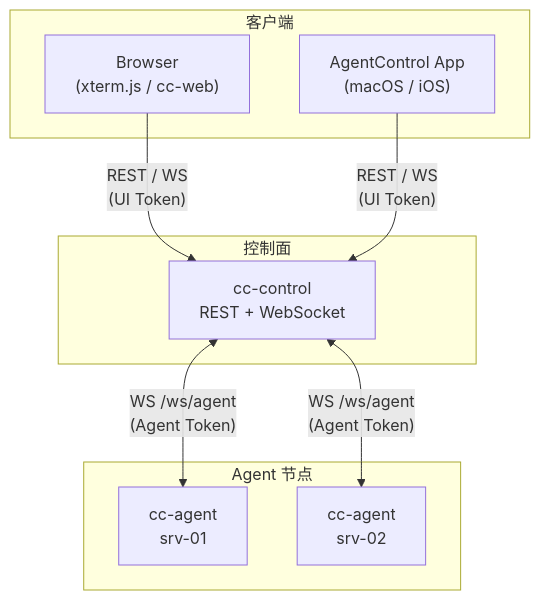
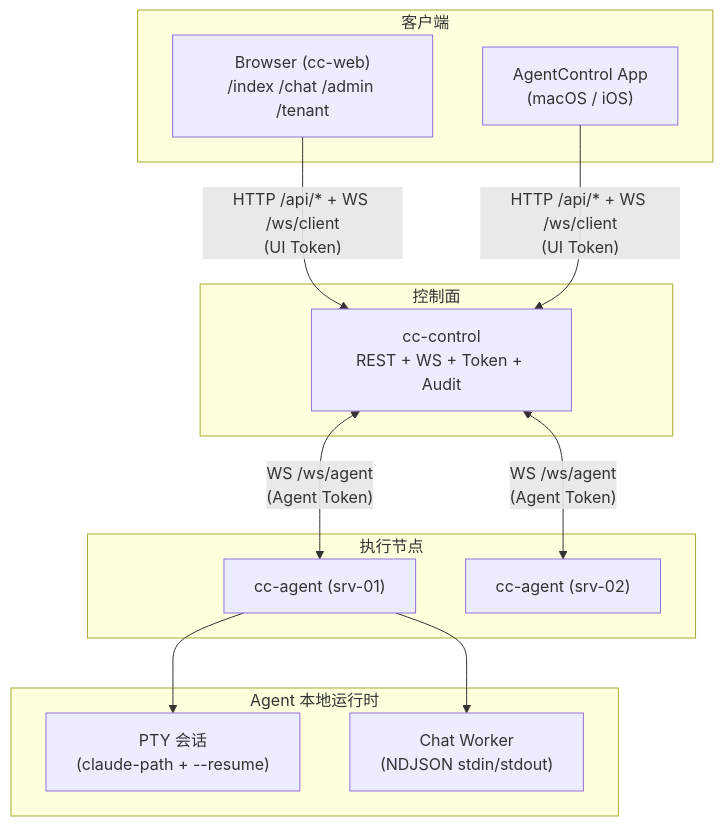
Before and after one commit to xuzhougeng/agent-control: the first of 5 diagrams in docs/architecture.md, drawn with Mermaid. The commit also changed other lines of this file, not shown here.

Commit message:
docs: update architecture documentation to clarify system overview, component responsibilities, and authentication mechanisms

````diff
--- a/docs/architecture.md
+++ b/docs/architecture.md
@@ -5,21 +7,28 @@
 ```mermaid
 flowchart TB
     subgraph Clients["客户端"]
-        Browser["Browser\n(xterm.js / cc-web)"]
+        Browser["Browser (cc-web)\n/index /chat /admin /tenant"]
         App["AgentControl App\n(macOS / iOS)"]
     end
 
     subgraph Control["控制面"]
-        CC["cc-control\nREST + WebSocket"]
+        CC["cc-control\nREST + WS + Token + Audit"]
     end
 
-    subgraph Agents["Agent 节点"]
-        A1["cc-agent\nsrv-01"]
-        A2["cc-agent\nsrv-02"]
+    subgraph Nodes["执行节点"]
+        A1["cc-agent (srv-01)"]
+        A2["cc-agent (srv-02)"]
     end
 
-    Browser -->|"REST / WS\n(UI Token)"| CC
-    App -->|"REST / WS\n(UI Token)"| CC
+    subgraph Runtime["Agent 本地运行时"]
+        PTY["PTY 会话\n(claude-path + --resume)"]
+        CHAT["Chat Worker\n(NDJSON stdin/stdout)"]
+    end
+
+    Browser -->|"HTTP /api/* + WS /ws/client\n(UI Token)"| CC
+    App -->|"HTTP /api/* + WS /ws/client\n(UI Token)"| CC
     CC <-->|"WS /ws/agent\n(Agent Token)"| A1
     CC <-->|"WS /ws/agent\n(Agent Token)"| A2
+    A1 --> PTY
+    A1 --> CHAT
 ```
````
